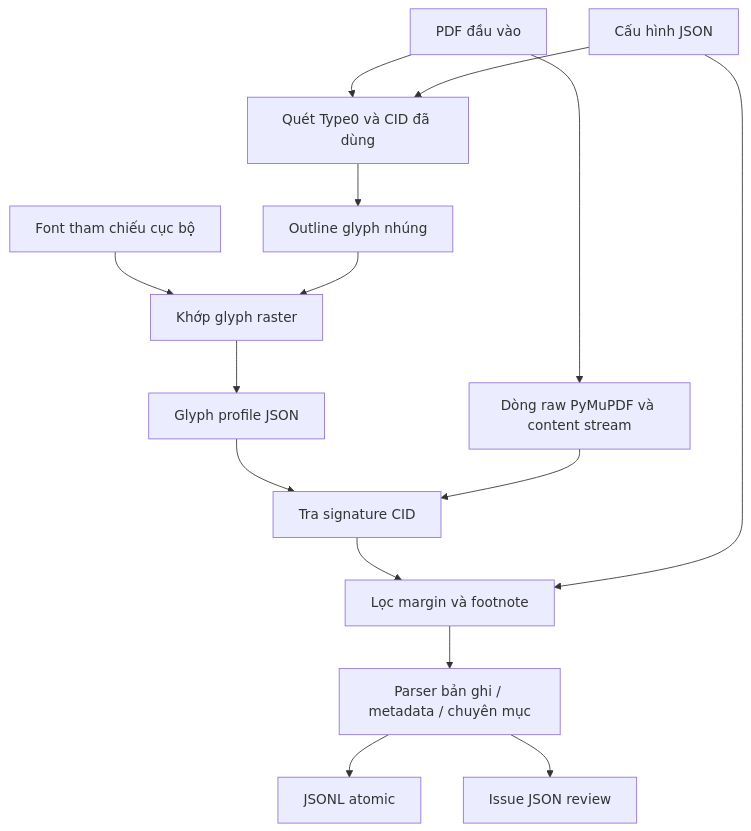
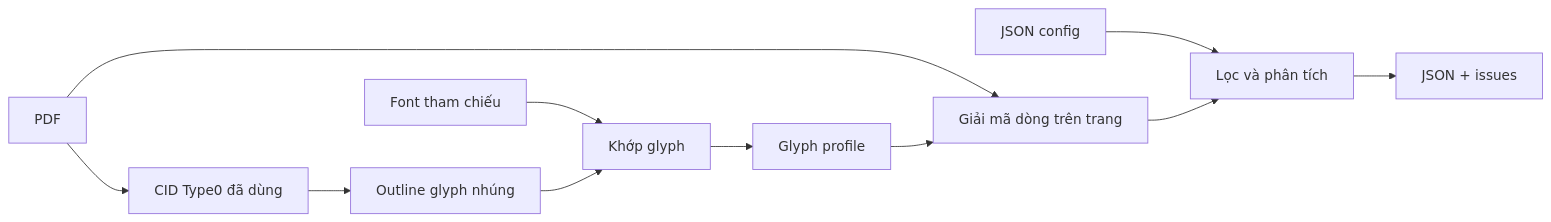
The diagram in README.vi.md (VongHaiYen11/SinoNom-Annotation), drawn with Mermaid before and after one commit. The commit also changed other lines of this file and 9 other files, not shown here.

First line of the commit message:
Refactor output format from JSONL to compact JSON; update related configurations and tests

````diff
--- a/README.vi.md
+++ b/README.vi.md
@@ -91,14 +44,11 @@
 ```mermaid
-flowchart TD
-    PDF[PDF đầu vào] --> Scan[Quét Type0 và CID đã dùng]
-    Config[Cấu hình JSON] --> Scan
-    Scan --> Outline[Outline glyph nhúng]
-    Ref[Font tham chiếu cục bộ] --> Match[Khớp glyph raster]
-    Outline --> Match --> Profile[Glyph profile JSON]
-    PDF --> Raw[Dòng raw PyMuPDF và content stream]
-    Profile --> Decode[Tra signature CID]
-    Raw --> Decode --> Filter[Lọc margin và footnote]
-    Config --> Filter --> Parse[Parser bản ghi / metadata / chuyên mục]
-    Parse --> JSONL[JSONL atomic]
-    Parse --> Issues[Issue JSON review]
+flowchart LR
+    PDF[PDF] --> CID[CID Type0 đã dùng]
+    CID --> Outline[Outline glyph nhúng]
+    Ref[Font tham chiếu] --> Match[Khớp glyph]
+    Outline --> Match --> Profile[Glyph profile]
+    PDF --> Decode[Giải mã dòng trên trang]
+    Profile --> Decode
+    Config[JSON config] --> Parse[Lọc và phân tích]
+    Decode --> Parse --> Output[JSON + issues]
 ```
````
